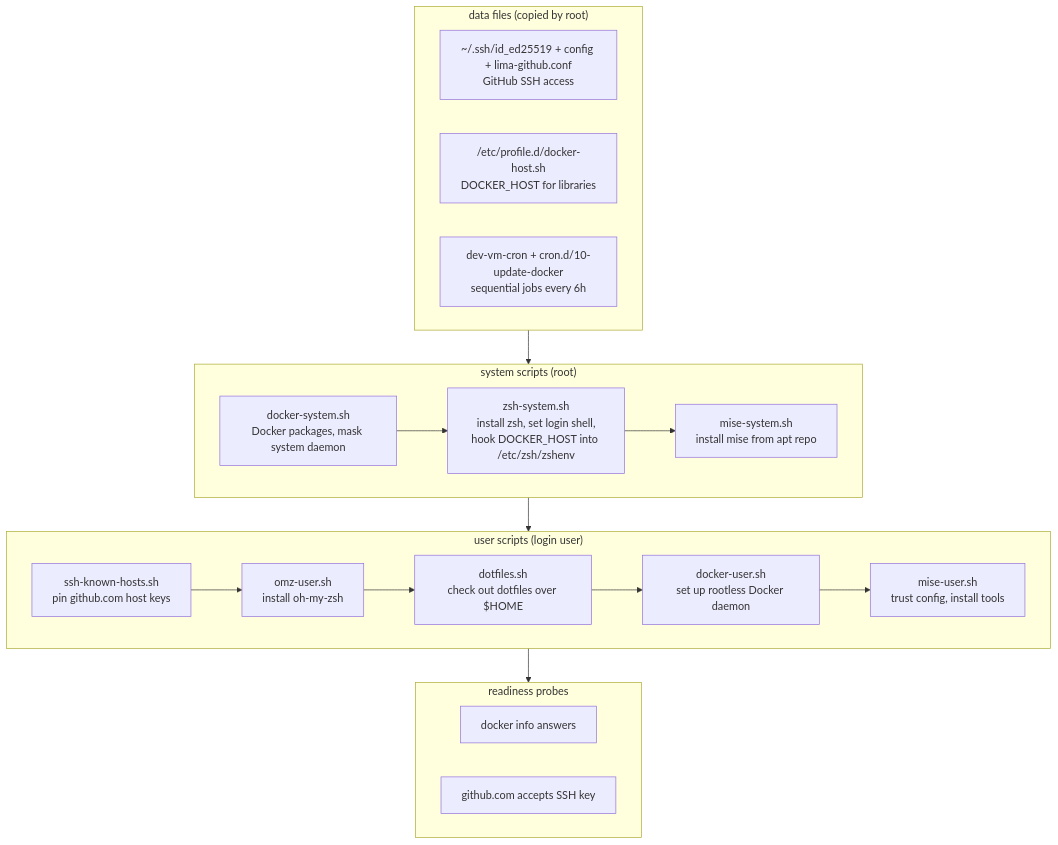
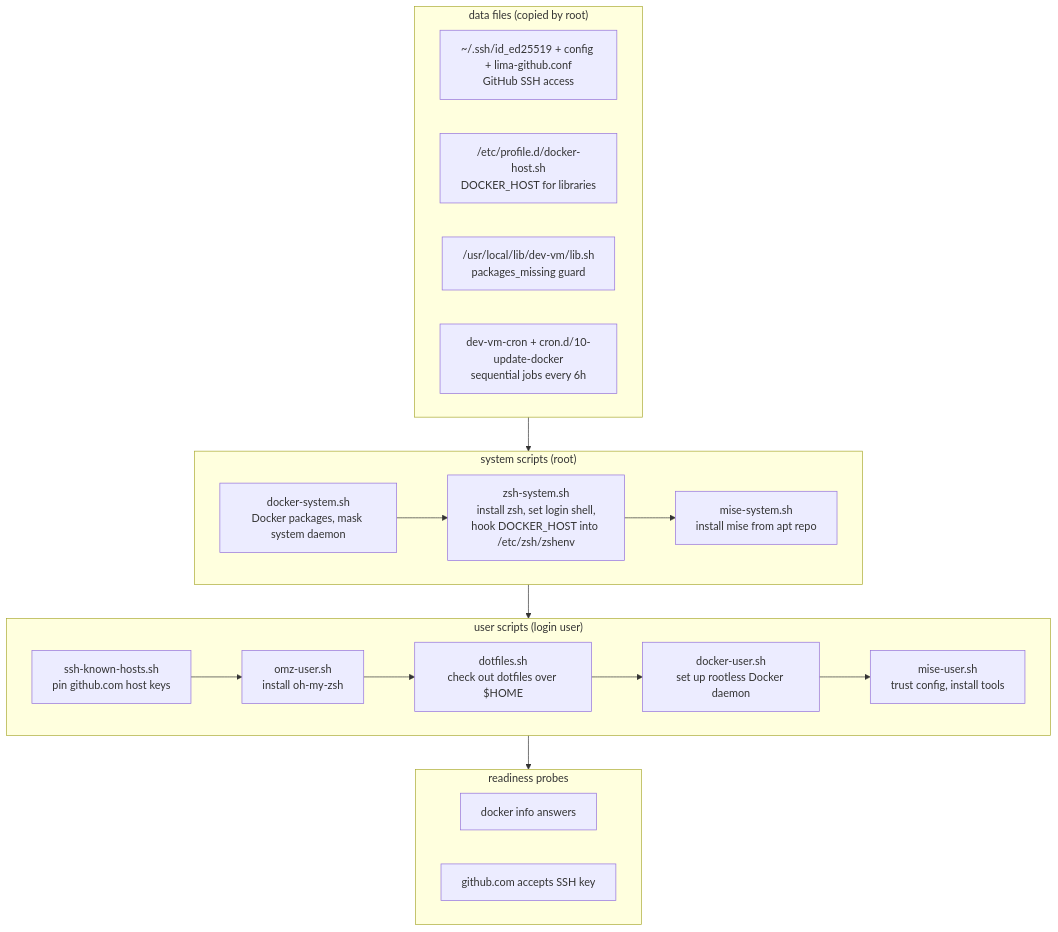
Before and after one commit to robsonpeixoto/dev-vm: the diagram in README.md, drawn with Mermaid. The commit also changed other lines of this file and 7 other files, not shown here.

````diff
--- a/README.md
+++ b/README.md
@@ -236,33 +245,34 @@
 ```mermaid
 flowchart TD
     subgraph data["data files (copied by root)"]
         d1["~/.ssh/id_ed25519 + config + lima-github.conf<br>GitHub SSH access"]
         d2["/etc/profile.d/docker-host.sh<br>DOCKER_HOST for libraries"]
-        d3["dev-vm-cron + cron.d/10-update-docker<br>sequential jobs every 6h"]
+        d3["/usr/local/lib/dev-vm/lib.sh<br>packages_missing guard"]
+        d4["dev-vm-cron + cron.d/10-update-docker<br>sequential jobs every 6h"]
     end
 
     subgraph system["system scripts (root)"]
         s1["docker-system.sh<br>Docker packages, mask system daemon"]
         s2["zsh-system.sh<br>install zsh, set login shell,<br>hook DOCKER_HOST into /etc/zsh/zshenv"]
         s3["mise-system.sh<br>install mise from apt repo"]
     end
 
     subgraph user["user scripts (login user)"]
         u1["ssh-known-hosts.sh<br>pin github.com host keys"]
         u2["omz-user.sh<br>install oh-my-zsh"]
         u3["dotfiles.sh<br>check out dotfiles over $HOME"]
         u4["docker-user.sh<br>set up rootless Docker daemon"]
         u5["mise-user.sh<br>trust config, install tools"]
     end
 
     subgraph probes["readiness probes"]
         p1["docker info answers"]
         p2["github.com accepts SSH key"]
     end
 
     data --> system
     s1 --> s2 --> s3
     system --> user
     u1 --> u2 --> u3 --> u4 --> u5
     user --> probes
 ```
````
